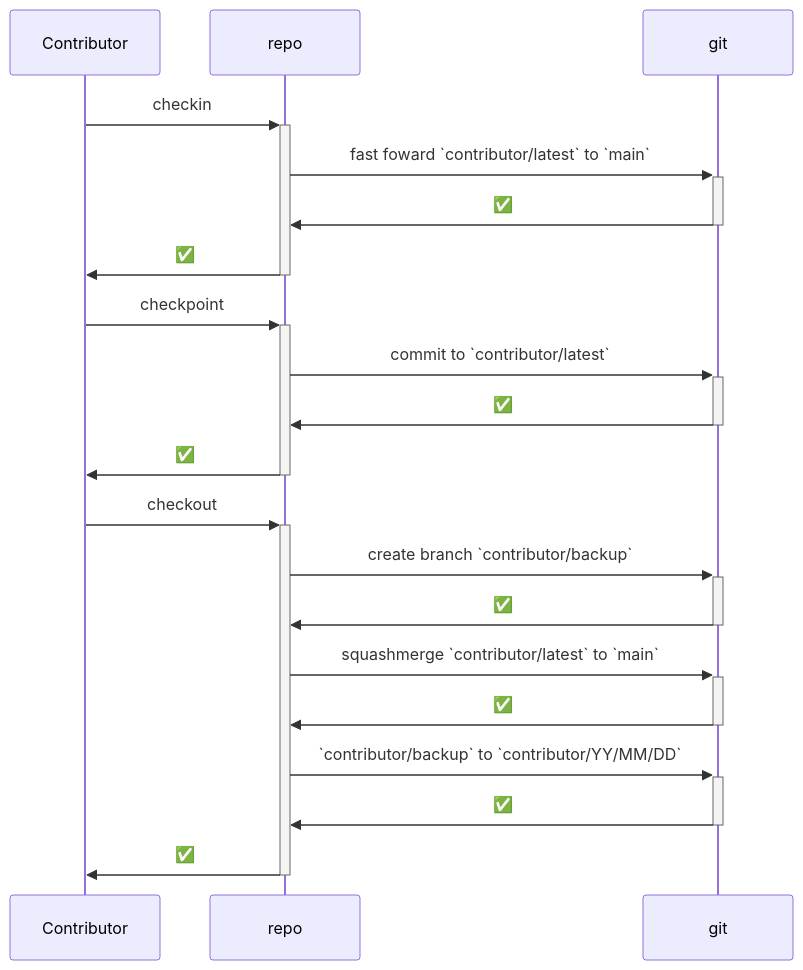
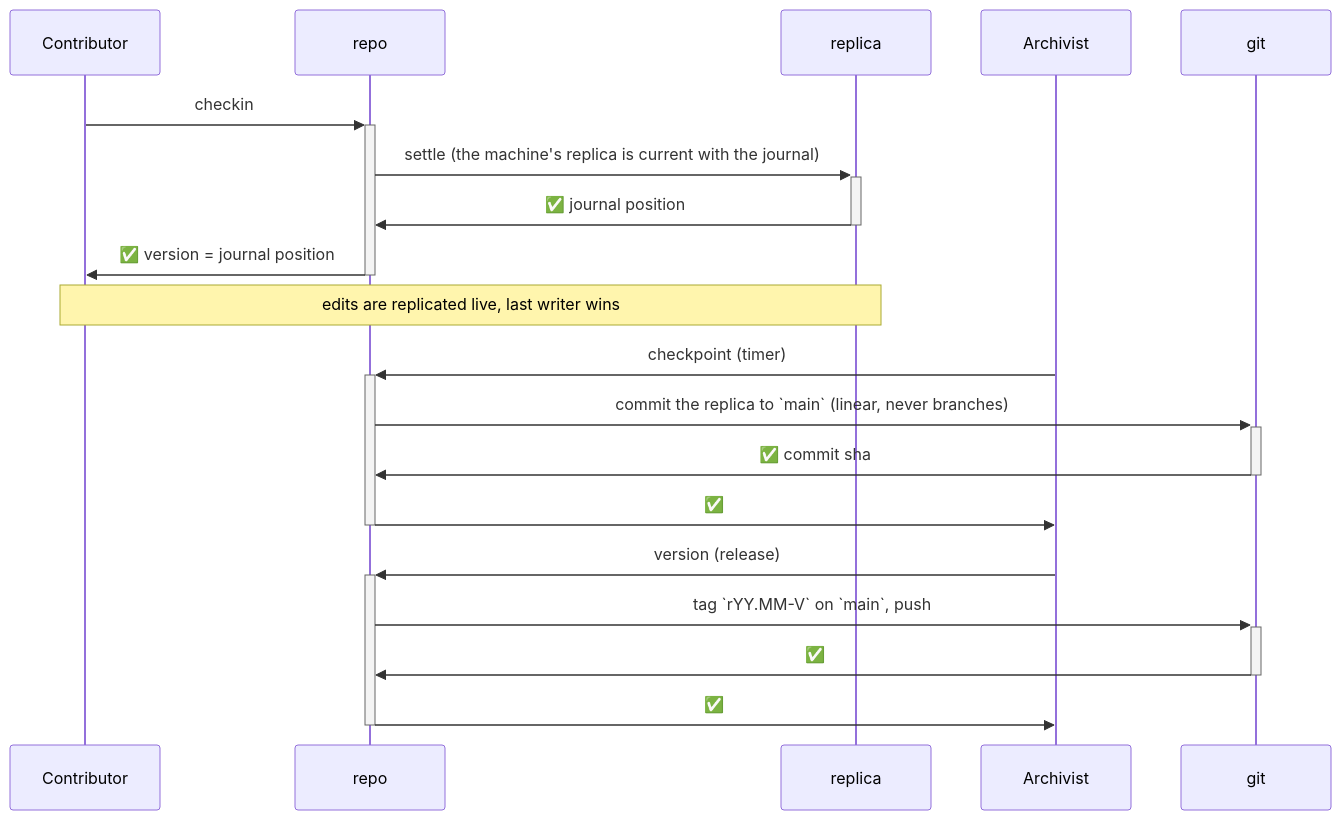
One commit to usalu/semio changed the second of 4 diagrams in 🧰️framework/🛍️products/🦑️repo/AGENTS.md. Above: the diagram before and after it, drawn with Mermaid. The commit also changed other lines of this file and 152 other files, not shown here.

````diff
--- a/🧰️framework/🛍️products/🦑️repo/AGENTS.md
+++ b/🧰️framework/🛍️products/🦑️repo/AGENTS.md
@@ -1026,19 +1028,16 @@
 ```mermaid
 sequenceDiagram
 Contributor->>+repo: checkin
-repo->>+git: fast foward `contributor/latest` to  `main`
+repo->>+replica: settle (the machine's replica is current with the journal)
+replica->>-repo: ✅ journal position
+repo->>-Contributor: ✅ version = journal position
+Note over Contributor,replica: edits are replicated live, last writer wins
+Archivist->>+repo: checkpoint (timer)
+repo->>+git: commit the replica to `main` (linear, never branches)
+git->>-repo: ✅ commit sha
+repo->>-Archivist: ✅
+Archivist->>+repo: version (release)
+repo->>+git: tag `rYY.MM-V` on `main`, push
 git->>-repo: ✅
-repo->>-Contributor: ✅
-Contributor->>+repo: checkpoint
-repo->>+git: commit to `contributor/latest`
-git->>-repo: ✅
-repo->>-Contributor: ✅
-Contributor->>+repo: checkout
-repo->>+git: create branch `contributor/backup`
-git->>-repo: ✅
-repo->>+git: squashmerge `contributor/latest` to  `main`
-git->>-repo: ✅
-repo->>+git: `contributor/backup` to `contributor/YY/MM/DD`
-git->>-repo: ✅
-repo->>-Contributor: ✅
+repo->>-Archivist: ✅
 ```
````
